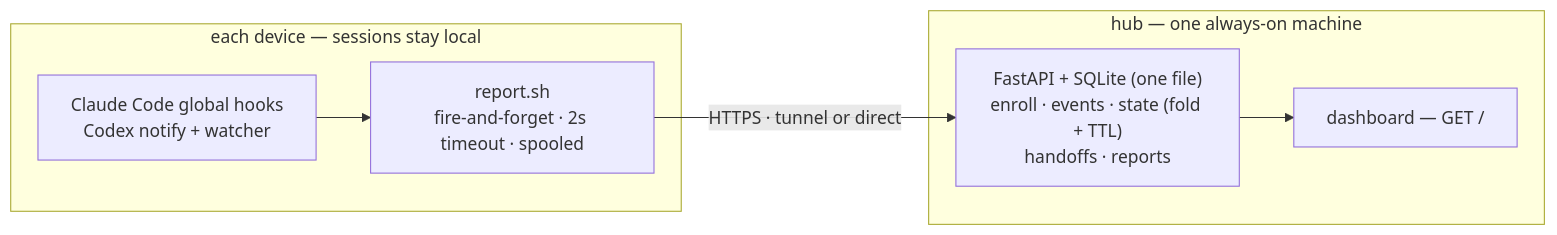
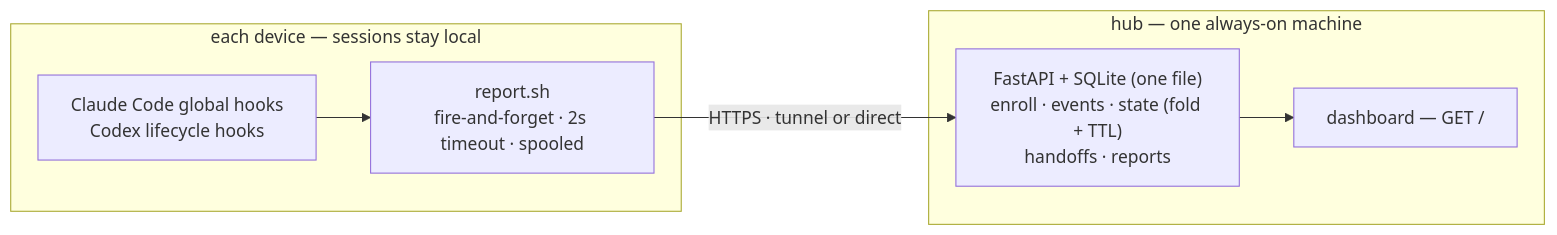
One commit to hierrr/madison changed the diagram in README.md. Above: the diagram before and after it, drawn with Mermaid. The commit also changed other lines of this file and 14 other files, not shown here.

First line of the commit message:
codex: lifecycle hooks + CLI/App tracking

````diff
--- a/README.md
+++ b/README.md
@@ -66,14 +66,14 @@
 ```mermaid
 flowchart LR
     subgraph dev["each device — sessions stay local"]
-        hooks["Claude Code global hooks<br/>Codex notify + watcher"]
+        hooks["Claude Code global hooks<br/>Codex lifecycle hooks"]
         rep["report.sh<br/>fire-and-forget · 2s timeout · spooled"]
         hooks --> rep
     end
     rep -->|"HTTPS · tunnel or direct"| api
     subgraph hub["hub — one always-on machine"]
         api["FastAPI + SQLite (one file)<br/>enroll · events · state (fold + TTL)<br/>handoffs · reports"]
         dash["dashboard — GET /"]
         api --> dash
     end
 ```
````
